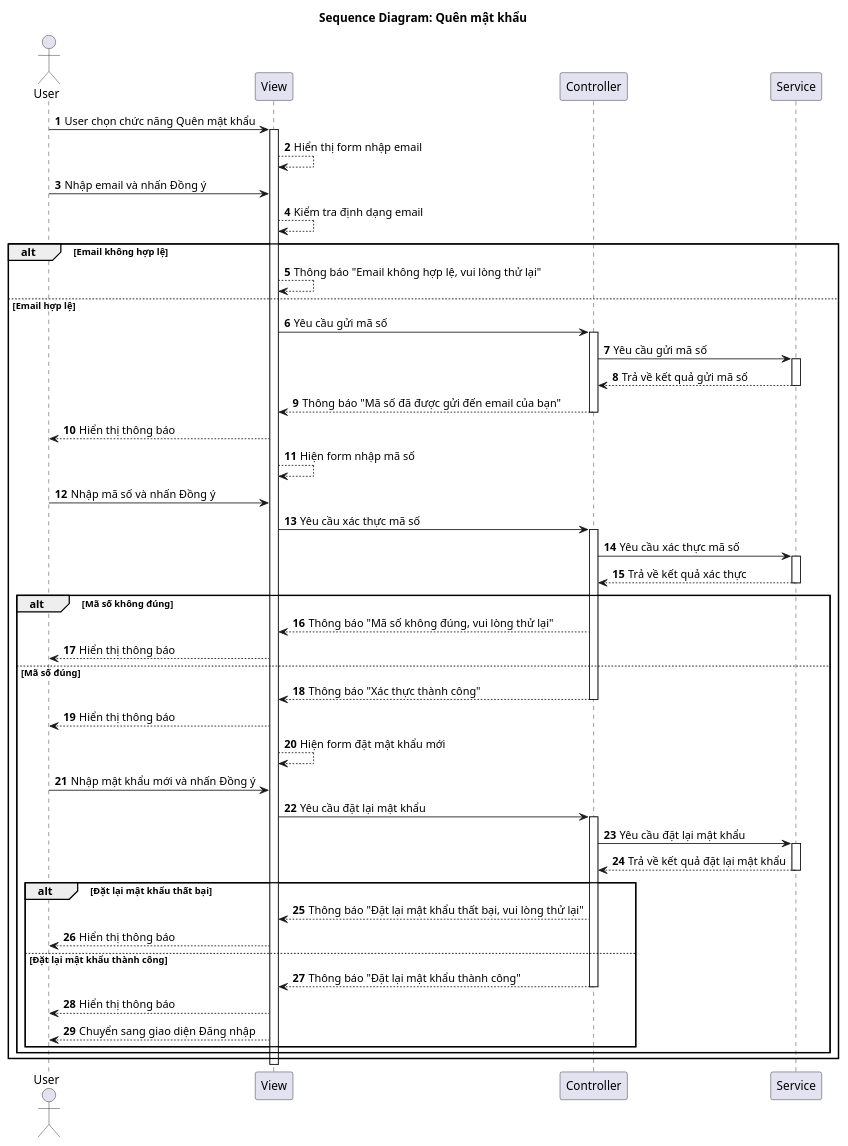
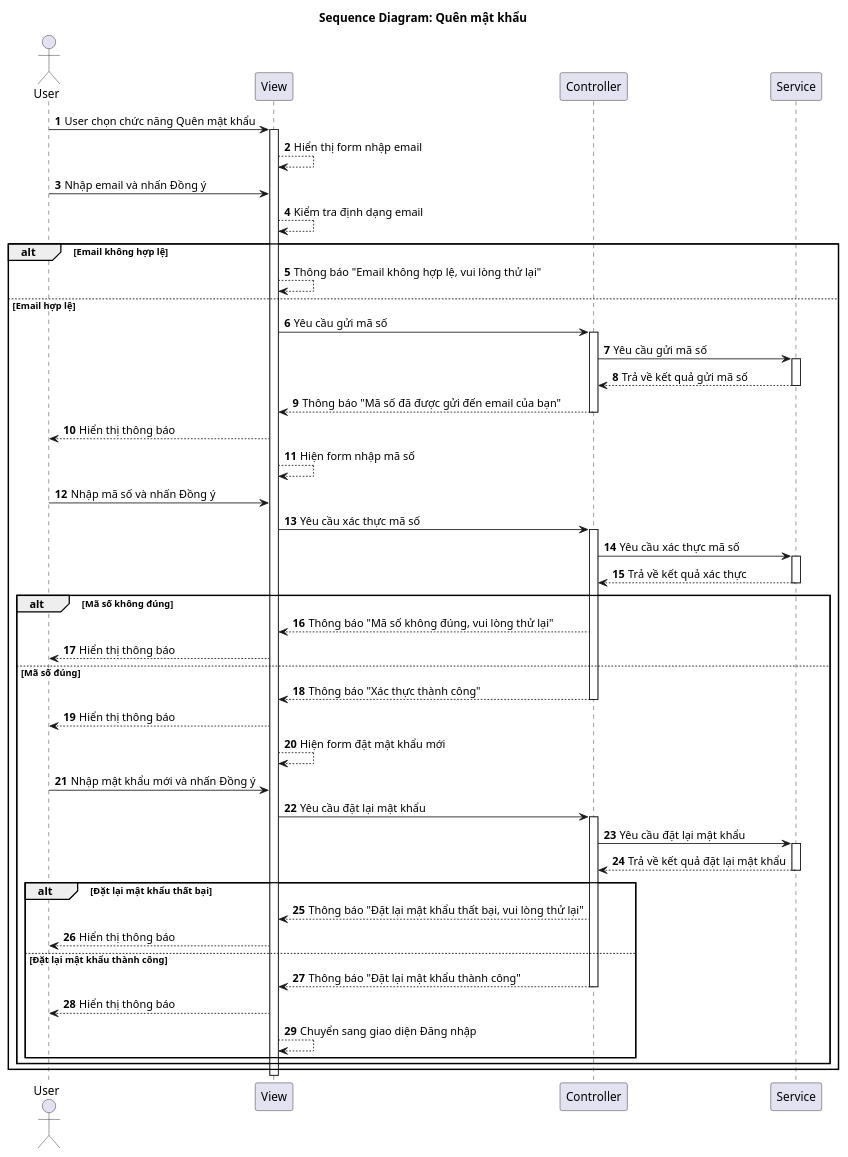
Before and after one commit to vinh047/soundwave: the diagram in Diagrams/SequenceDiagram/ForgetPasswordSD.plantuml, drawn with PlantUML. The commit also changed 4 other files, not shown here.

Commit message:
Đổi đường đi của Chuyển sang giao diện trong SD

```diff
--- a/Diagrams/SequenceDiagram/ForgetPasswordSD.plantuml
+++ b/Diagrams/SequenceDiagram/ForgetPasswordSD.plantuml
@@ -1,65 +1,65 @@
 @startuml SD
 
 actor "User" as User
 participant "View" as View
 participant "Controller" as Controller
 participant "Service" as Service
 
 title Sequence Diagram: Quên mật khẩu
 
 autonumber
 
 User -> View: User chọn chức năng Quên mật khẩu
 activate View
 View --> View: Hiển thị form nhập email
 User -> View: Nhập email và nhấn Đồng ý
 View --> View: Kiểm tra định dạng email
 alt Email không hợp lệ
     View --> View: Thông báo "Email không hợp lệ, vui lòng thử lại"
 else Email hợp lệ
     View -> Controller: Yêu cầu gửi mã số
     activate Controller
     Controller -> Service: Yêu cầu gửi mã số
     activate Service
     Service --> Controller: Trả về kết quả gửi mã số
     deactivate Service
     Controller --> View: Thông báo "Mã số đã được gửi đến email của bạn"
     deactivate Controller
     View --> User: Hiển thị thông báo
     View --> View: Hiện form nhập mã số
     User -> View: Nhập mã số và nhấn Đồng ý
     View -> Controller: Yêu cầu xác thực mã số
     activate Controller
     Controller -> Service: Yêu cầu xác thực mã số
     activate Service
     Service --> Controller: Trả về kết quả xác thực
     deactivate Service
     alt Mã số không đúng
         Controller --> View: Thông báo "Mã số không đúng, vui lòng thử lại"
         View --> User: Hiển thị thông báo
     else Mã số đúng
         Controller --> View: Thông báo "Xác thực thành công"
         deactivate Controller
         View --> User: Hiển thị thông báo
         View --> View: Hiện form đặt mật khẩu mới
         User -> View: Nhập mật khẩu mới và nhấn Đồng ý
         View -> Controller: Yêu cầu đặt lại mật khẩu
         activate Controller
         Controller -> Service: Yêu cầu đặt lại mật khẩu
         activate Service
         Service --> Controller: Trả về kết quả đặt lại mật khẩu
         deactivate Service
         alt Đặt lại mật khẩu thất bại
             Controller --> View: Thông báo "Đặt lại mật khẩu thất bại, vui lòng thử lại"
             View --> User: Hiển thị thông báo
         else Đặt lại mật khẩu thành công
             Controller --> View: Thông báo "Đặt lại mật khẩu thành công"
             deactivate Controller
             View --> User: Hiển thị thông báo
-            View --> User: Chuyển sang giao diện Đăng nhập
+            View --> View: Chuyển sang giao diện Đăng nhập
         end
     end
 end
 
 deactivate View
 @enduml
```
